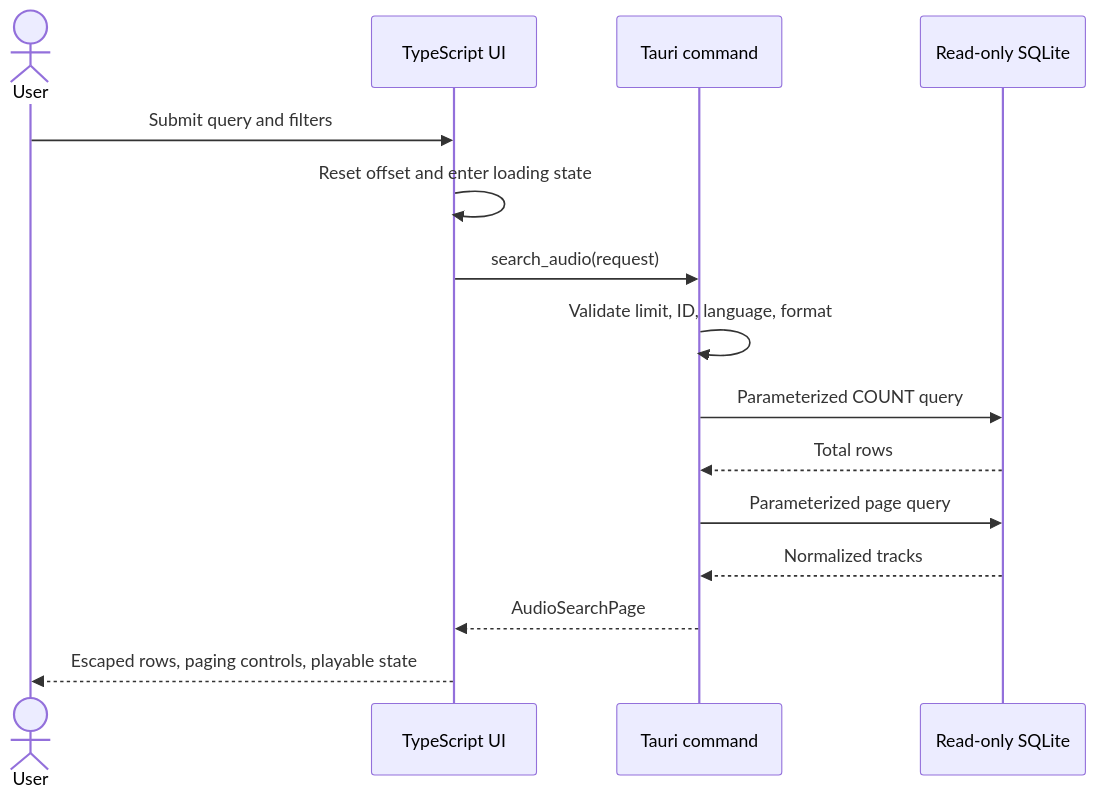
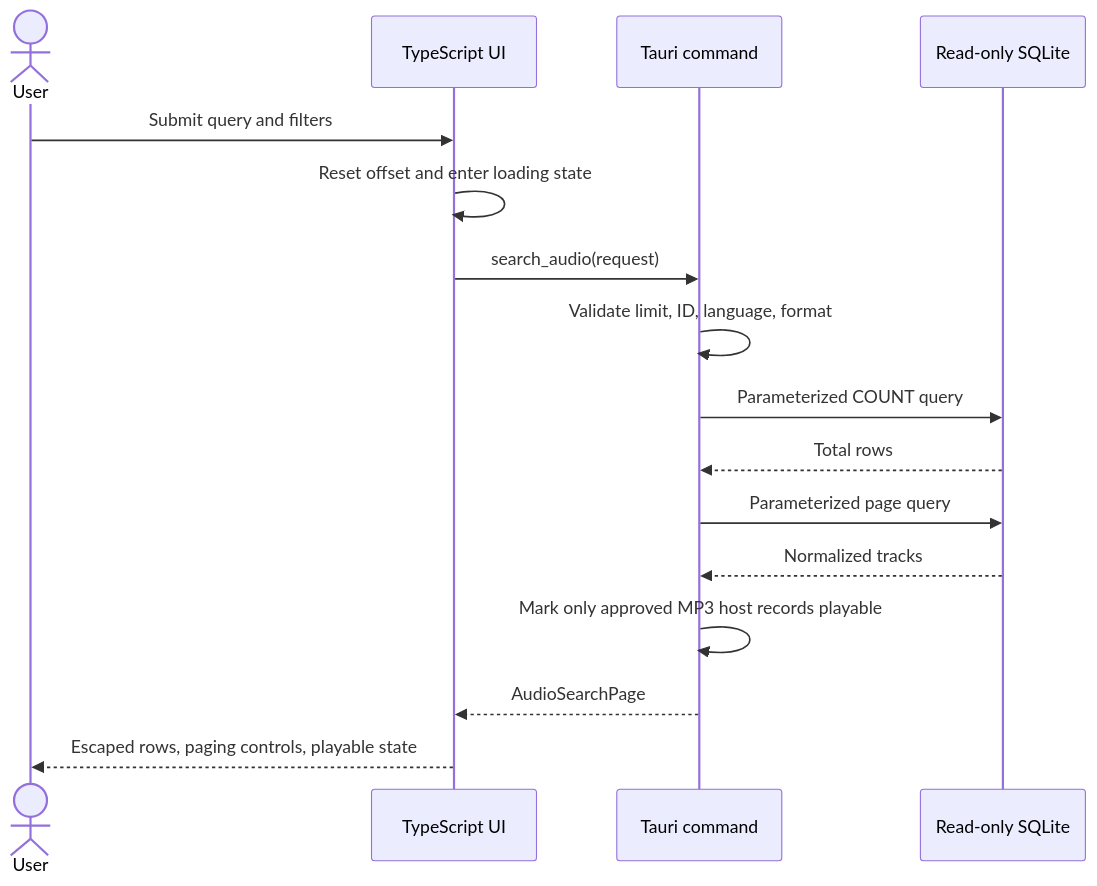
Before and after one commit to AungMyoKyaw/dhamma-echo: the first of 2 diagrams in docs/architecture/data-flow.md, drawn with Mermaid. The commit also changed other lines of this file and 22 other files, not shown here.

````diff
--- a/docs/architecture/data-flow.md
+++ b/docs/architecture/data-flow.md
@@ -5,18 +5,19 @@
 ```mermaid
 sequenceDiagram
     actor User
     participant UI as TypeScript UI
     participant IPC as Tauri command
     participant DB as Read-only SQLite
 
     User->>UI: Submit query and filters
     UI->>UI: Reset offset and enter loading state
     UI->>IPC: search_audio(request)
     IPC->>IPC: Validate limit, ID, language, format
     IPC->>DB: Parameterized COUNT query
     DB-->>IPC: Total rows
     IPC->>DB: Parameterized page query
     DB-->>IPC: Normalized tracks
+    IPC->>IPC: Mark only approved MP3 host records playable
     IPC-->>UI: AudioSearchPage
     UI-->>User: Escaped rows, paging controls, playable state
 ```
````
